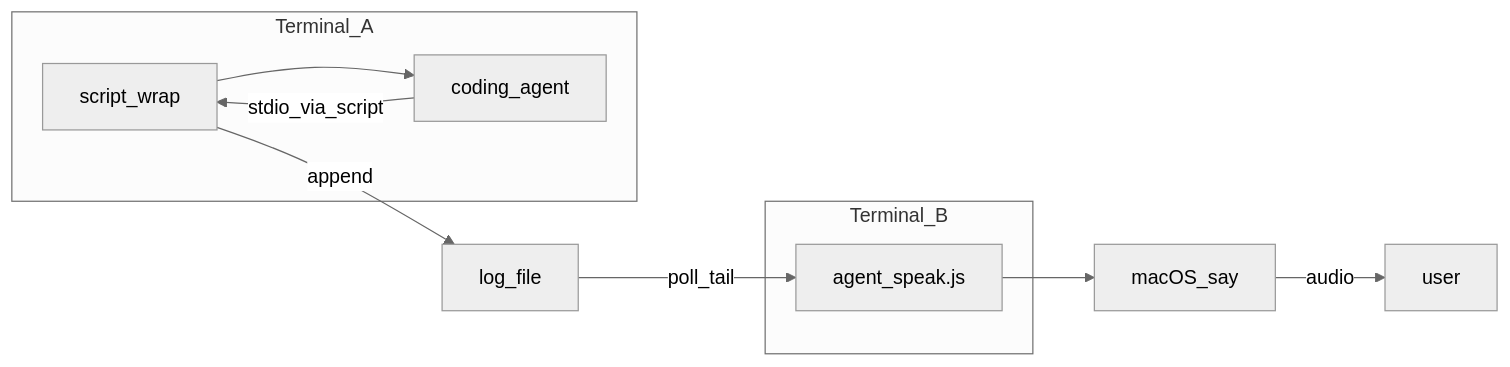
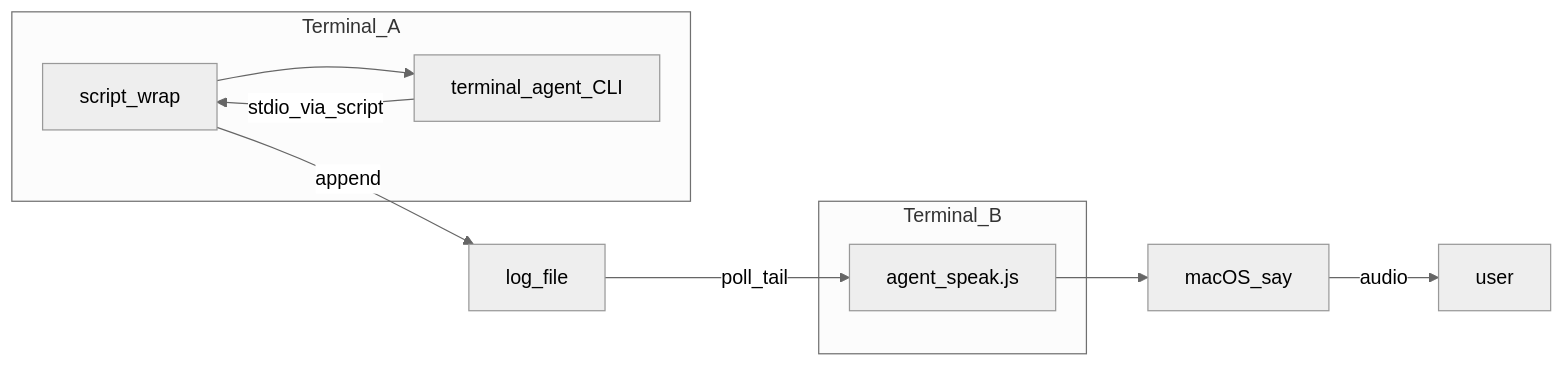
One commit to tomk79/agent-speaker changed the diagram in docs/requirements/index.md. Above: the diagram before and after it, drawn with Mermaid (neutral theme). The commit also changed other lines of this file and 2 other files, not shown here.

````diff
--- a/docs/requirements/index.md
+++ b/docs/requirements/index.md
@@ -43,20 +58,20 @@
 ```mermaid
 flowchart LR
   subgraph termA [Terminal_A]
     Wrap["script_wrap"]
-    Agent["coding_agent"]
+    Agent["terminal_agent_CLI"]
     Wrap --> Agent
   end
   Log["log_file"]
   subgraph termB [Terminal_B]
     SpeakJS["agent_speak.js"]
   end
   SayCmd["macOS_say"]
   User["user"]
 
   Agent -->|stdio_via_script| Wrap
   Wrap -->|append| Log
   Log -->|poll_tail| SpeakJS
   SpeakJS --> SayCmd
   SayCmd -->|audio| User
 ```
````
